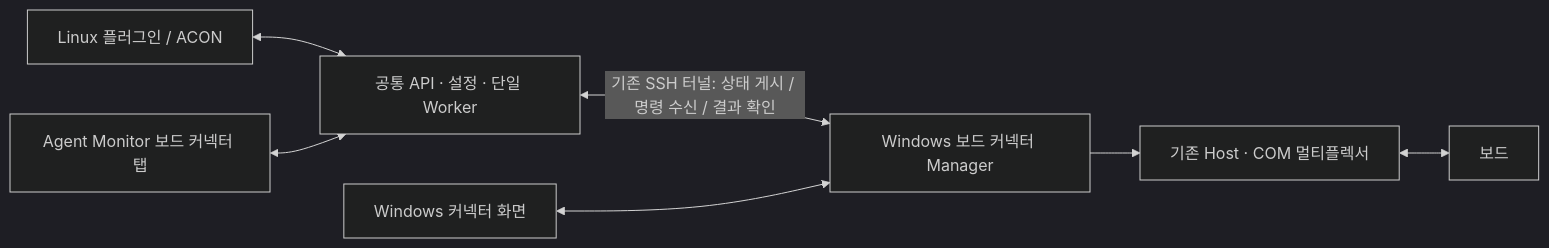
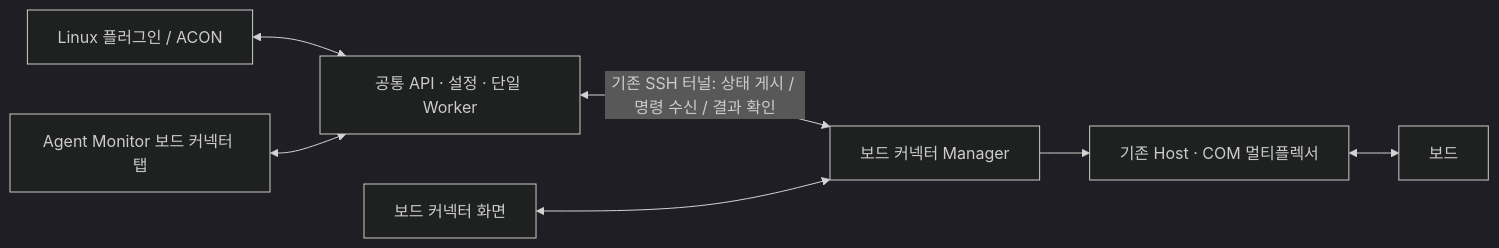
The diagram in docs/design/BOARD_CONNECTOR_MIRROR.md (graycoral/bsp_os_upgrade_dashboard), drawn with Mermaid (dark theme) before and after one commit. The commit also changed other lines of this file and 48 other files, not shown here.

````diff
--- a/docs/design/BOARD_CONNECTOR_MIRROR.md
+++ b/docs/design/BOARD_CONNECTOR_MIRROR.md
@@ -5,9 +5,9 @@
 ```mermaid
 flowchart LR
   P[Linux 플러그인 / ACON] <--> S[공통 API · 설정 · 단일 Worker]
   D[Agent Monitor 보드 커넥터 탭] <--> S
-  S <-->|기존 SSH 터널: 상태 게시 / 명령 수신 / 결과 확인| W[Windows 보드 커넥터 Manager]
-  U[Windows 커넥터 화면] <--> W
+  S <-->|기존 SSH 터널: 상태 게시 / 명령 수신 / 결과 확인| W[보드 커넥터 Manager]
+  U[보드 커넥터 화면] <--> W
   W --> H[기존 Host · COM 멀티플렉서]
   H <--> B[보드]
 ```
````
